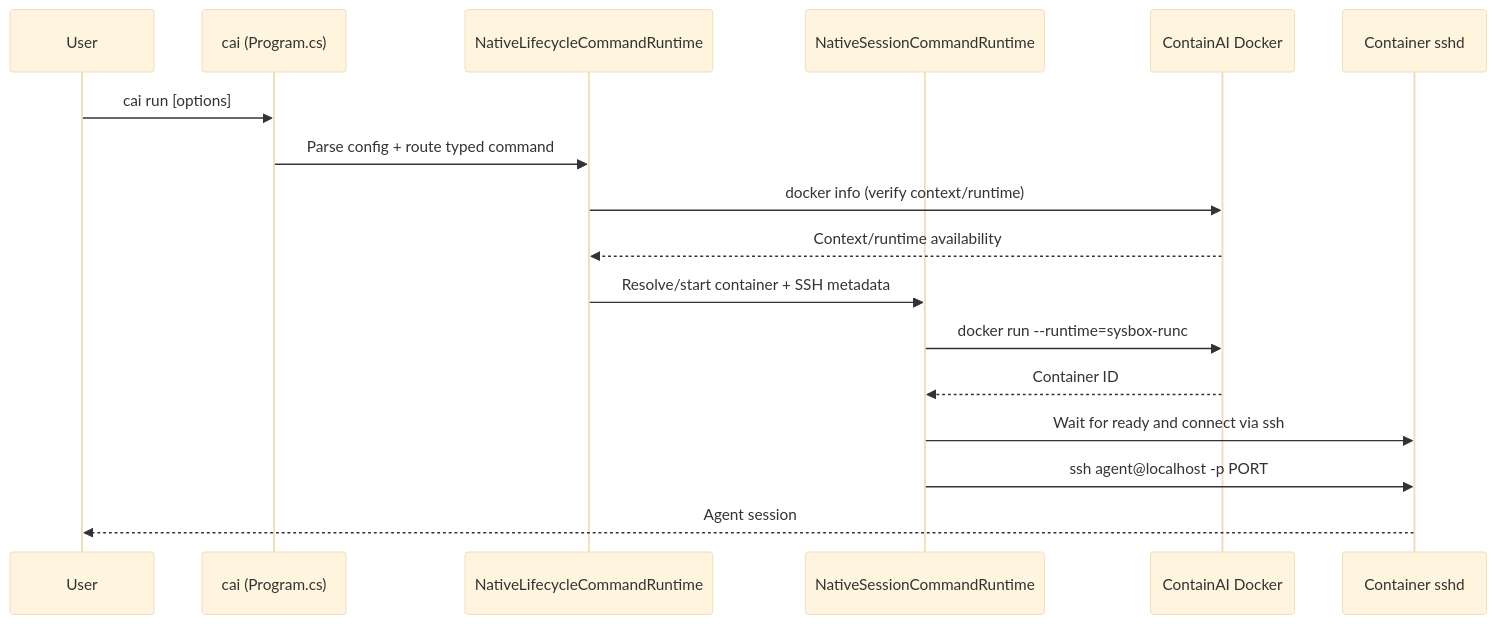
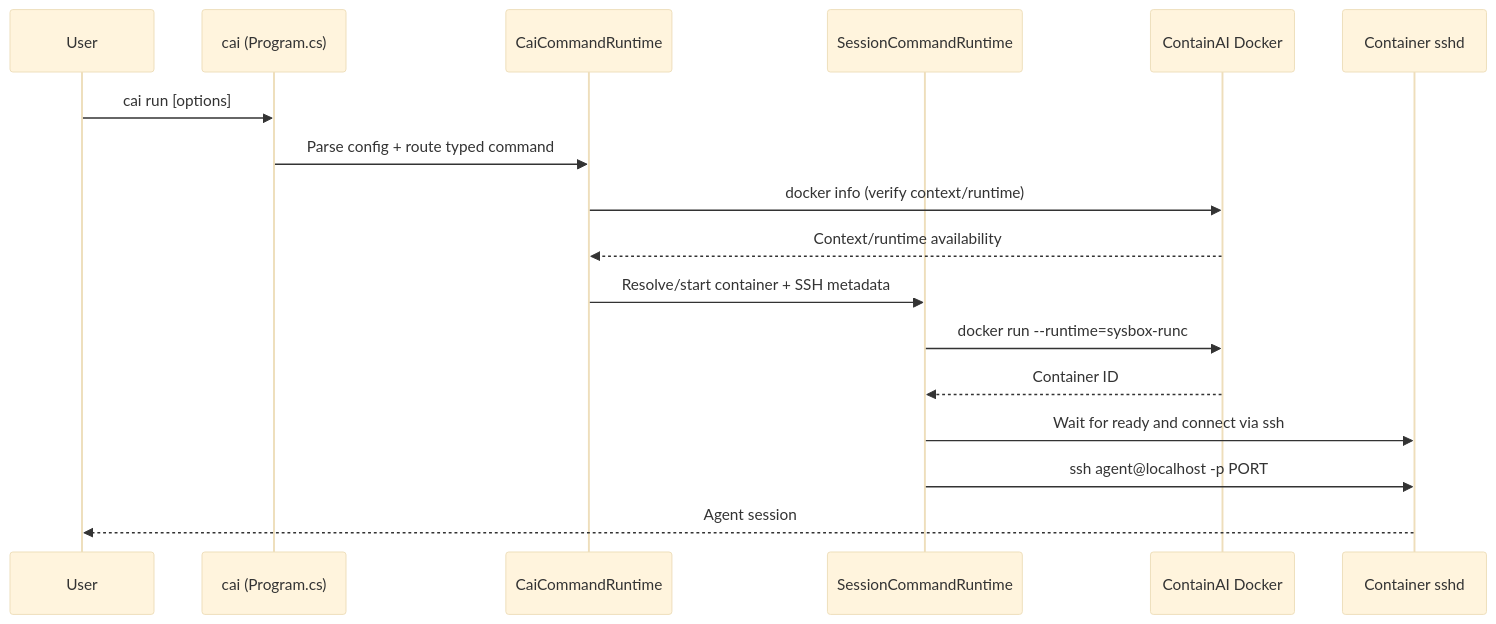
One commit to novotnyllc/ContainAI changed the ninth of 11 diagrams in docs/architecture.md. Above: the diagram before and after it, drawn with Mermaid (base theme). The commit also changed other lines of this file and 50 other files, not shown here.

Commit message:
Refactor runtime naming and split session command orchestration

````diff
--- a/docs/architecture.md
+++ b/docs/architecture.md
@@ -445,20 +445,20 @@
 ```mermaid
 sequenceDiagram
     participant User
     participant CLI as cai (Program.cs)
-    participant Runtime as NativeLifecycleCommandRuntime
-    participant Session as NativeSessionCommandRuntime
+    participant Runtime as CaiCommandRuntime
+    participant Session as SessionCommandRuntime
     participant Docker as ContainAI Docker
     participant SSHD as Container sshd
 
     User->>CLI: cai run [options]
     CLI->>Runtime: Parse config + route typed command
     Runtime->>Docker: docker info (verify context/runtime)
     Docker-->>Runtime: Context/runtime availability
     Runtime->>Session: Resolve/start container + SSH metadata
     Session->>Docker: docker run --runtime=sysbox-runc
     Docker-->>Session: Container ID
     Session->>SSHD: Wait for ready and connect via ssh
     Session->>SSHD: ssh agent@localhost -p PORT
     SSHD-->>User: Agent session
 ```
````
